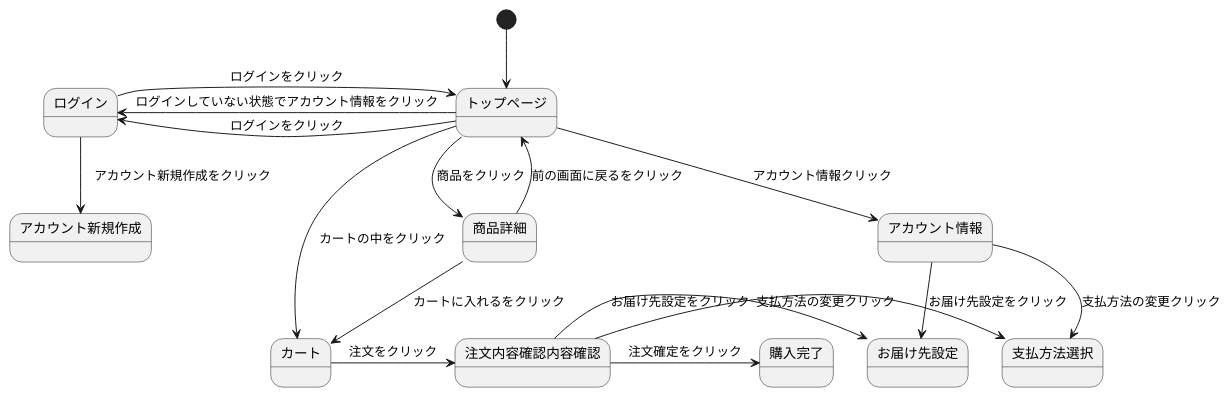
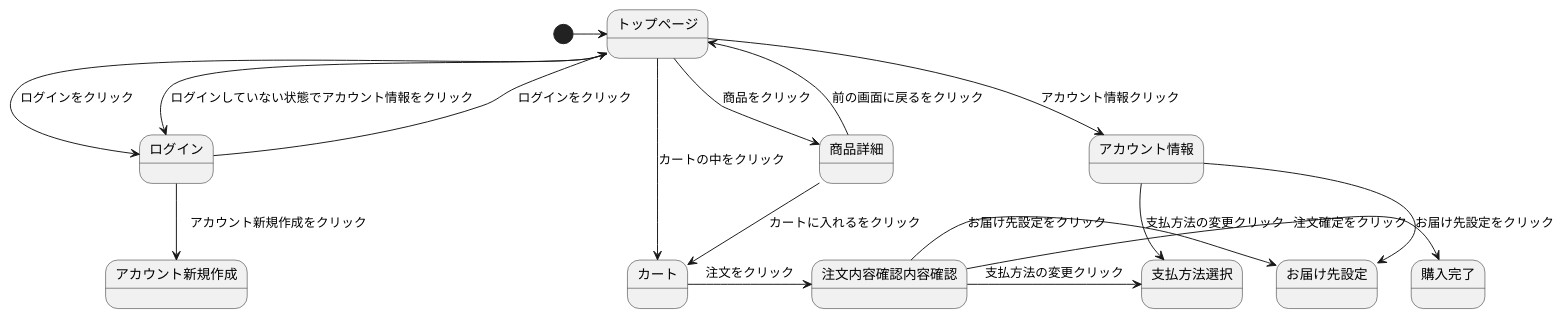
The diagram in sumple_01.md (Aso2001133/2021sys-design), drawn with PlantUML before and after one commit.

````diff
--- a/sumple_01.md
+++ b/sumple_01.md
@@ -1,35 +1,35 @@
 ```uml
 @startuml
-[*] --> トップページ 
+[*] -> トップページ 
 
-トップページ -right-> アカウント情報 : アカウント情報クリック 
+トップページ -> アカウント情報 : アカウント情報クリック 
 
-トップページ -left-> ログイン : ログインをクリック
+トップページ --> ログイン : ログインをクリック
 
-トップページ -left-> ログイン : ログインしていない状態でアカウント情報をクリック
+トップページ --> ログイン : ログインしていない状態でアカウント情報をクリック
 
-トップページ --> 商品詳細 : 商品をクリック 
+トップページ -> 商品詳細 : 商品をクリック 
 
-トップページ ---> カート : カートの中をクリック 
+トップページ -> カート : カートの中をクリック 
 
 ログイン -> トップページ : ログインをクリック
 
 ログイン --> アカウント新規作成 :　アカウント新規作成をクリック
 
 アカウント情報 --> お届け先設定 : お届け先設定をクリック 
 
 アカウント情報 --> 支払方法選択 : 支払方法の変更クリック
 
 商品詳細 --> カート : カートに入れるをクリック 
 
 商品詳細 --> トップページ : 前の画面に戻るをクリック 
 
 カート -> 注文内容確認内容確認 : 注文をクリック 
 
 注文内容確認内容確認 -> お届け先設定 : お届け先設定をクリック 
 
 注文内容確認内容確認 -> 支払方法選択 : 支払方法の変更クリック
 
 注文内容確認内容確認 -> 購入完了 : 注文確定をクリック 
 @enduml
 ```
````
